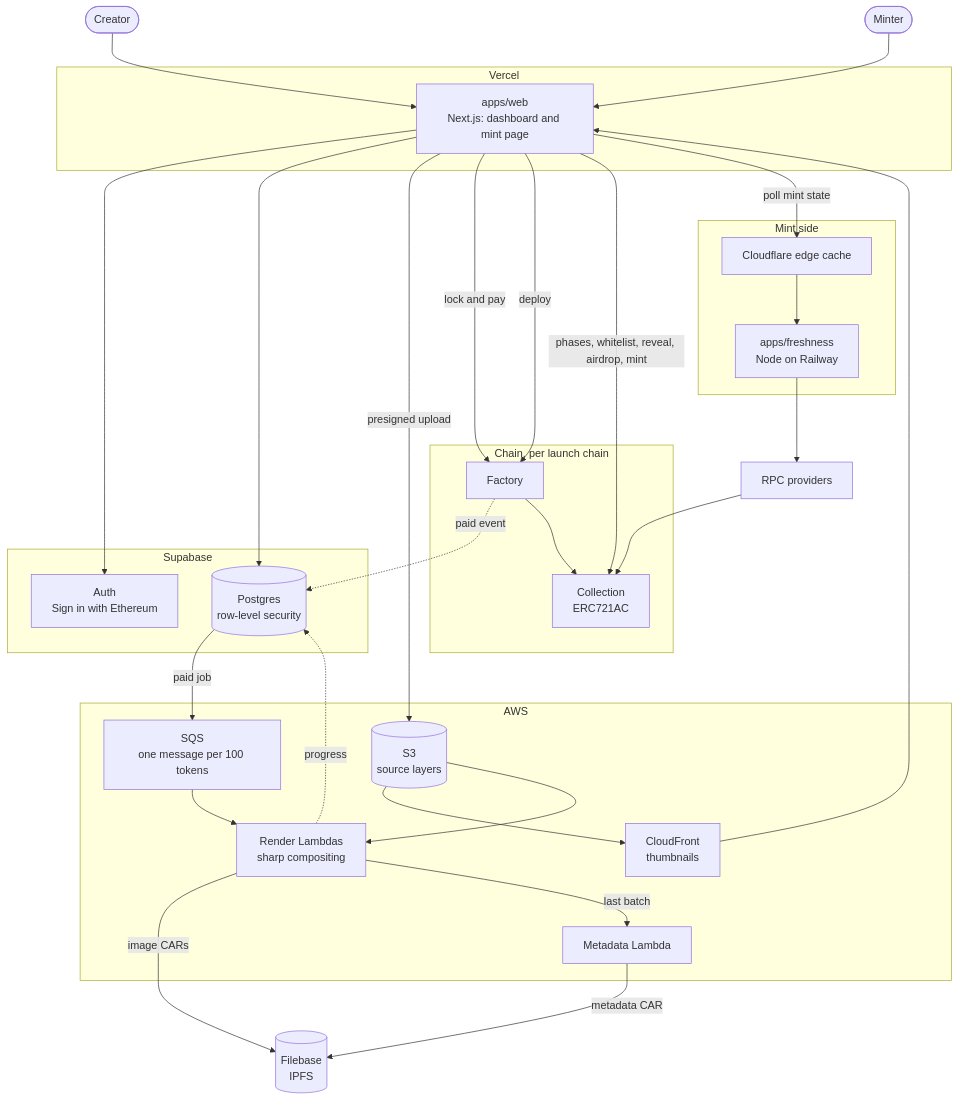
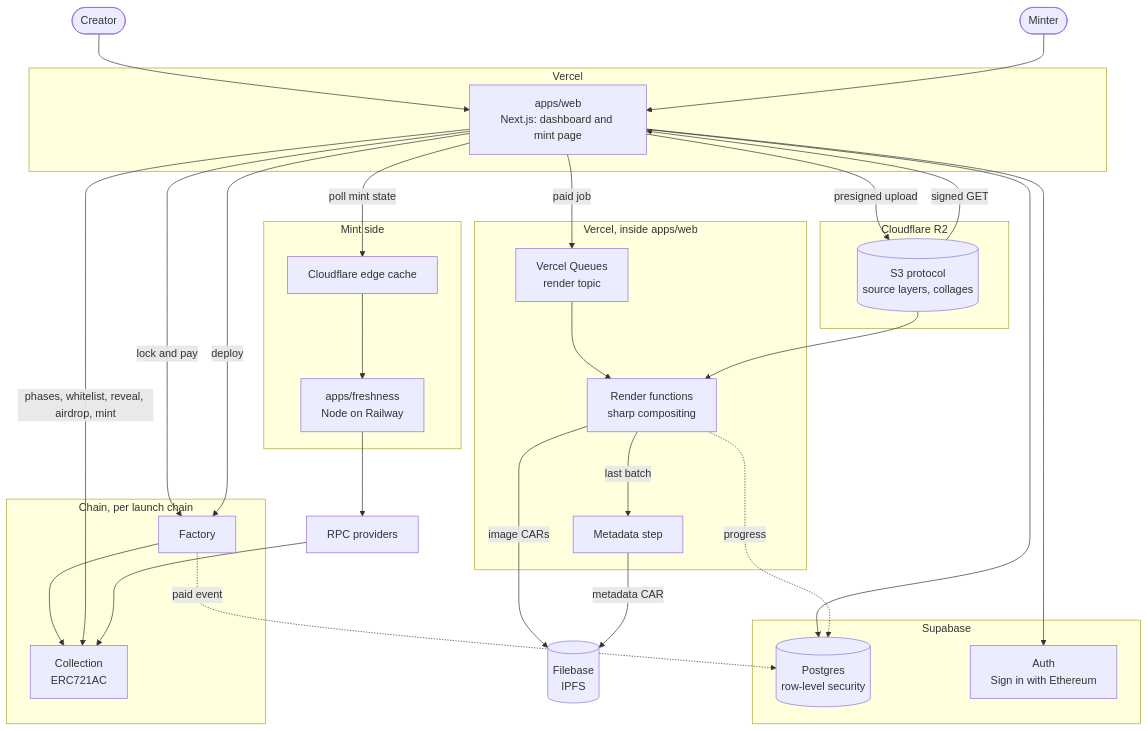
Before and after one commit to KobeSergio/cobweb: the second of 4 diagrams in README.md, drawn with Mermaid. The commit also changed other lines of this file and 3 other files, not shown here.

First line of the commit message:
Record the move to Vercel and R2 in the master plan, mark the AWS spec sections superseded, add the worker README and drop AWS from the root README

````diff
--- a/README.md
+++ b/README.md
@@ -48,53 +48,55 @@
 ```mermaid
 flowchart TB
   creator([Creator])
   minter([Minter])
 
   subgraph vercel[Vercel]
     web[apps/web<br/>Next.js: dashboard and mint page]
   end
 
   subgraph supabase[Supabase]
     db[(Postgres<br/>row-level security)]
     auth[Auth<br/>Sign in with Ethereum]
   end
 
-  subgraph aws[AWS]
-    s3[(S3<br/>source layers)]
-    cf[CloudFront<br/>thumbnails]
-    sqs[SQS<br/>one message per 100 tokens]
-    render[Render Lambdas<br/>sharp compositing]
-    meta[Metadata Lambda]
+  subgraph r2[Cloudflare R2]
+    s3[(S3 protocol<br/>source layers, collages)]
+  end
+
+  subgraph vercelrender[Vercel, inside apps/web]
+    queue[Vercel Queues<br/>render topic]
+    render[Render functions<br/>sharp compositing]
+    meta[Metadata step]
   end
 
   filebase[(Filebase<br/>IPFS)]
 
   subgraph mintside[Mint side]
     edge[Cloudflare edge cache]
     fresh[apps/freshness<br/>Node on Railway]
   end
 
   rpc[RPC providers]
 
   subgraph chain[Chain, per launch chain]
     factory[Factory]
     collection[Collection<br/>ERC721AC]
   end
 
   creator --> web
   minter --> web
   web --> auth
   web --> db
   web -- presigned upload --> s3
-  s3 --> cf --> web
+  s3 -- signed GET --> web
   web -- lock and pay --> factory
   factory -. paid event .-> db
-  db -- paid job --> sqs --> render
+  web -- paid job --> queue --> render
   s3 --> render
   render -- image CARs --> filebase
   render -- last batch --> meta -- metadata CAR --> filebase
   render -. progress .-> db
   web -- deploy --> factory --> collection
   web -- phases, whitelist, reveal, airdrop, mint --> collection
   web -- poll mint state --> edge --> fresh --> rpc --> collection
 ```
````
